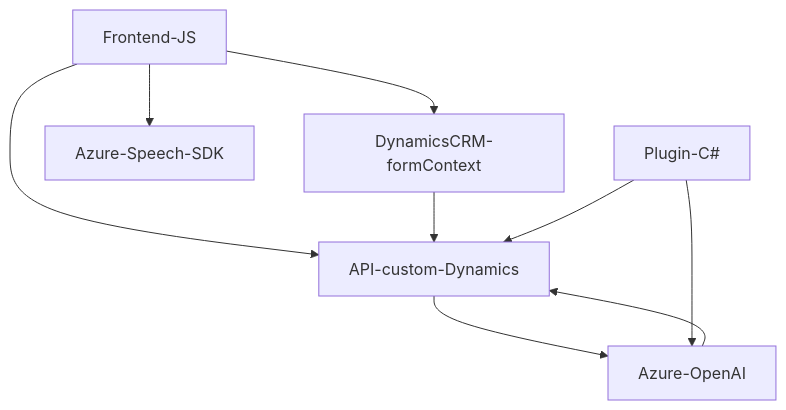
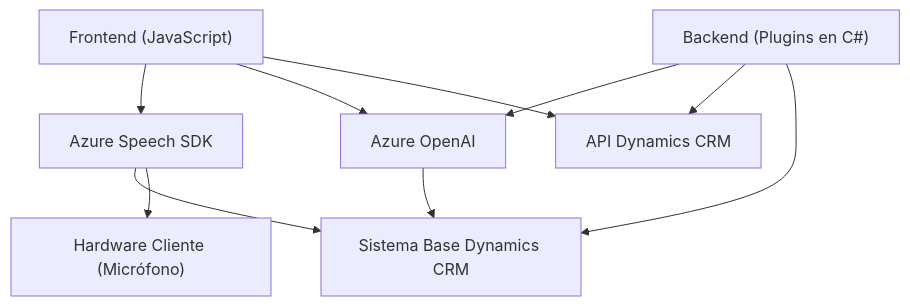
One commit to blopezdm/NETCORE_BILBAO2025 changed the diagram in README.md. Above: the diagram before and after it, drawn with Mermaid. The commit also changed other lines of this file, not shown here.

````diff
--- a/README.md
+++ b/README.md
@@ -33,11 +57,18 @@
 ```mermaid
 graph TD
-    A["Frontend-JS"] --> B["DynamicsCRM-formContext"]
-    A --> C["Azure-Speech-SDK"]
-    A --> D["API-custom-Dynamics"]
-    D --> E["Azure-OpenAI"]
-    B --> D
-    E --> D
-    F["Plugin-C#"] --> D
-    F --> E
+    sub_system["Sistema Base Dynamics CRM"]
+    SpeechSDK["Azure Speech SDK"] --> sub_system
+    OpenAI["Azure OpenAI"] --> sub_system
+    Frontend["Frontend (JavaScript)"]
+    Backend["Backend (Plugins en C#)"]
+    Database["API Dynamics CRM"]
+
+    Frontend --> SpeechSDK
+    Frontend --> OpenAI
+    Frontend --> Database
+    Backend --> OpenAI
+    Backend --> Database
+    Backend --> sub_system
+    
+    SpeechSDK --> hardware_client["Hardware Cliente (Micrófono)"]
 ```
````
